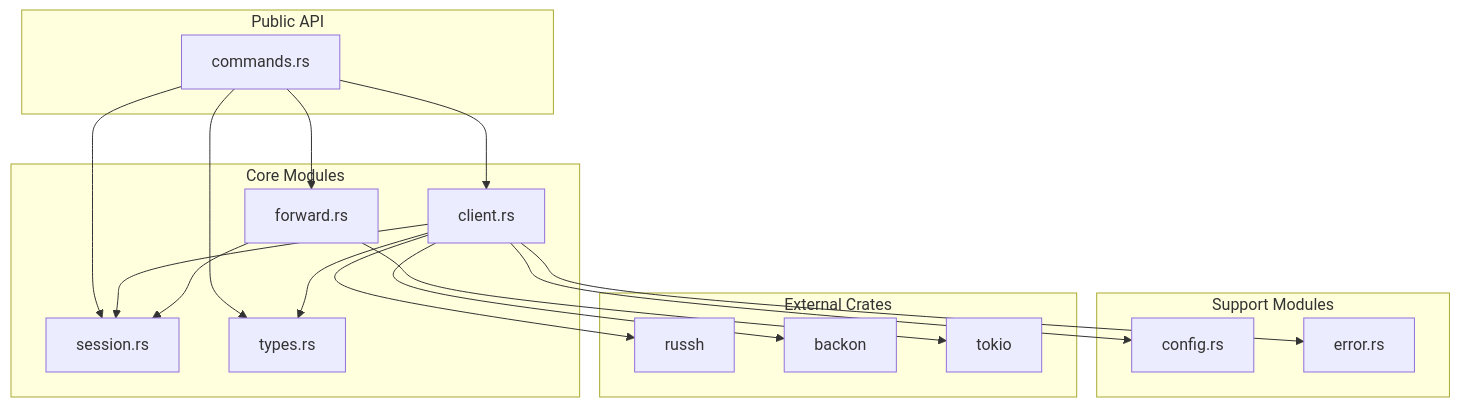
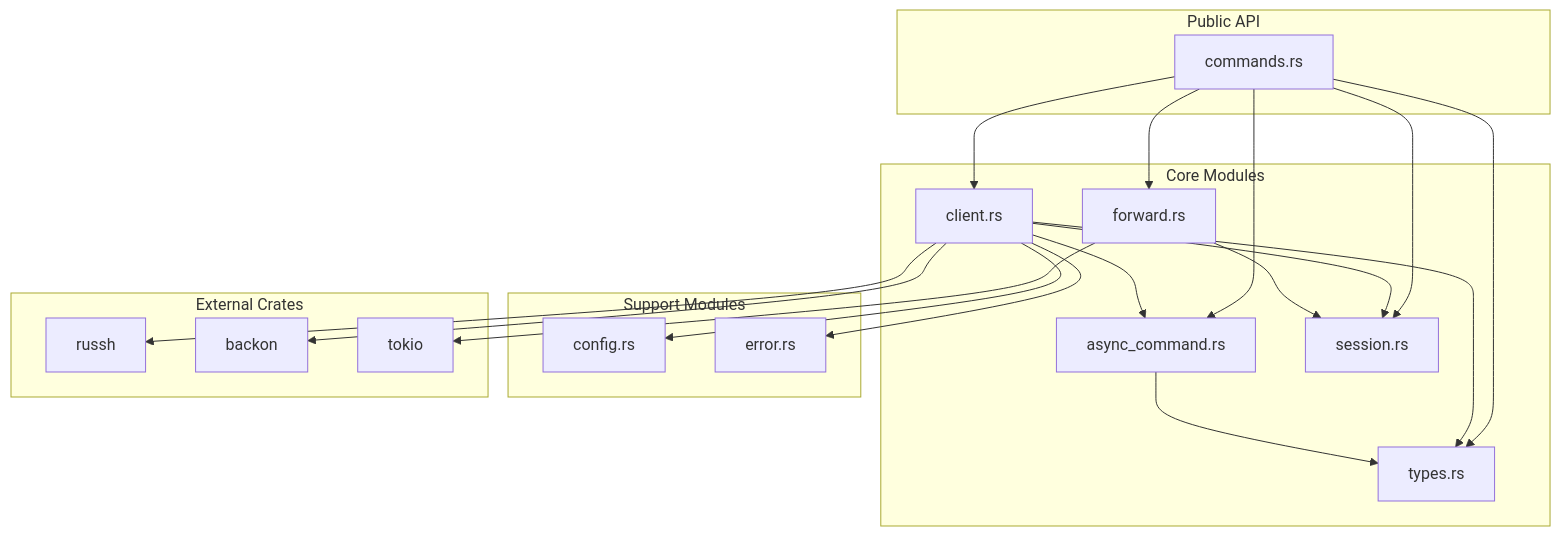
The first of 2 diagrams in README.md (farchanjo/ssh-mcp), drawn with Mermaid before and after one commit. The commit also changed other lines of this file and 1 other file, not shown here.

First line of the commit message:
docs: update README and API.md with async command features

````diff
--- a/README.md
+++ b/README.md
@@ -258,37 +429,41 @@
 ```mermaid
 flowchart TB
     subgraph Public["Public API"]
         Commands["commands.rs"]
     end
 
     subgraph Core["Core Modules"]
         Client["client.rs"]
+        AsyncCmd["async_command.rs"]
         Forward["forward.rs"]
         Session["session.rs"]
         Types["types.rs"]
     end
 
     subgraph Support["Support Modules"]
         Config["config.rs"]
         Error["error.rs"]
     end
 
     subgraph External["External Crates"]
         Russh["russh"]
         Backon["backon"]
         Tokio["tokio"]
     end
 
     Commands --> Client
+    Commands --> AsyncCmd
     Commands --> Forward
     Commands --> Session
     Commands --> Types
     Client --> Session
+    Client --> AsyncCmd
     Client --> Config
     Client --> Error
     Client --> Types
+    AsyncCmd --> Types
     Forward --> Session
     Client --> Russh
     Client --> Backon
     Forward --> Tokio
 ```
````
